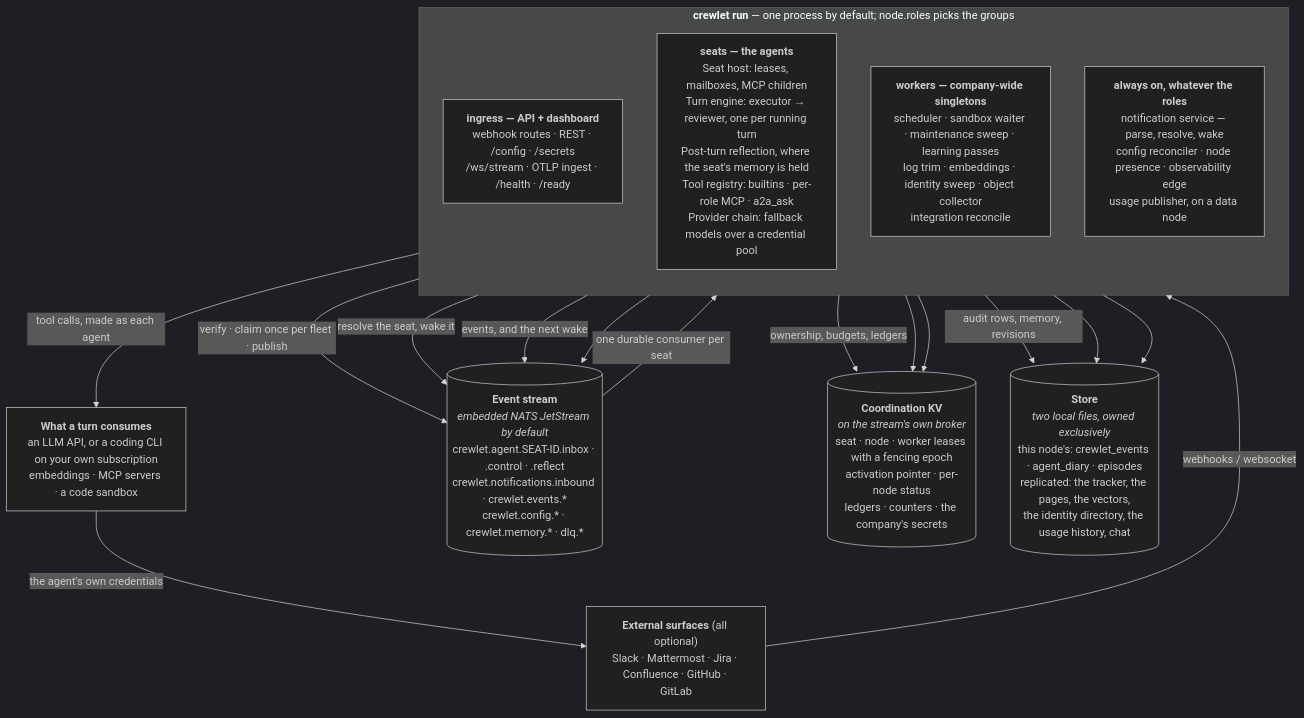
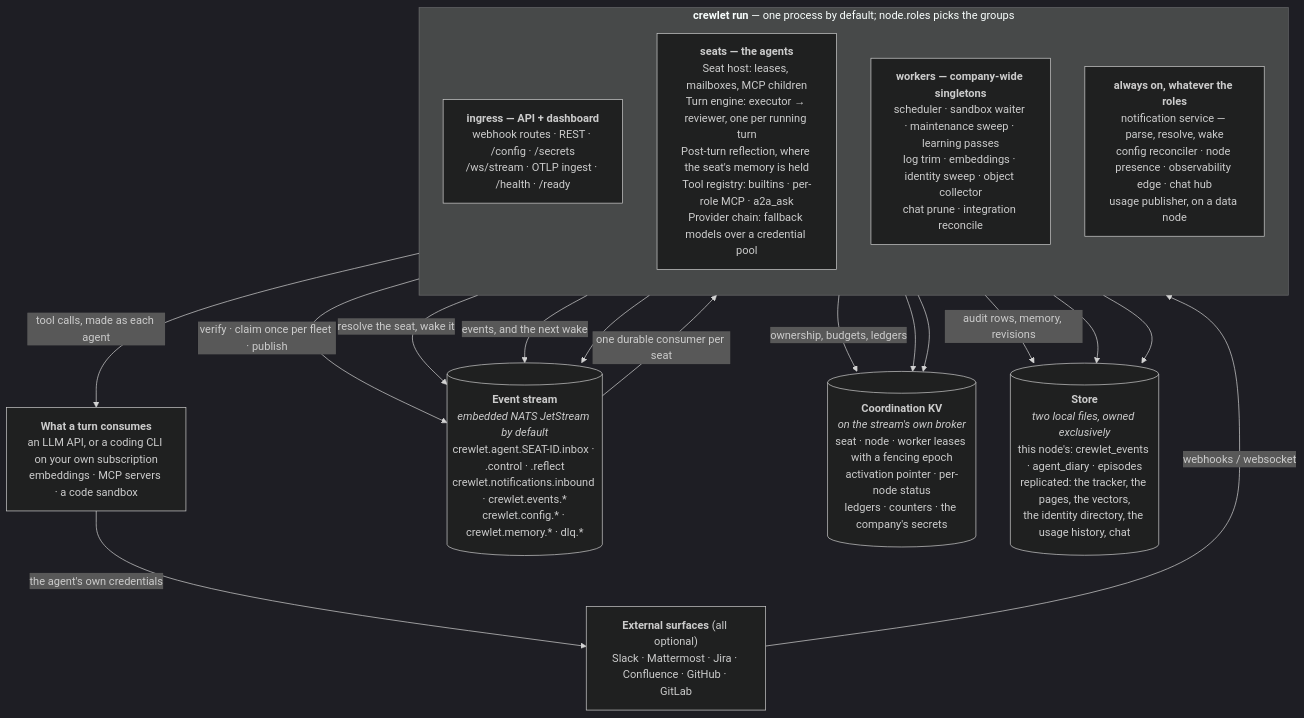
Before and after one commit to crewlet/crewlet: the diagram in docs/concepts/overview.md, drawn with Mermaid (dark theme). The commit also changed other lines of this file and 39 other files, not shown here.

````diff
--- a/docs/concepts/overview.md
+++ b/docs/concepts/overview.md
@@ -56,32 +56,32 @@
 ```mermaid
 flowchart TB
     EXT["<b>External surfaces</b> (all optional)<br/>Slack · Mattermost · Jira · Confluence · GitHub · GitLab"]
     SUPPLY["<b>What a turn consumes</b><br/>an LLM API, or a coding CLI on your own subscription<br/>embeddings · MCP servers · a code sandbox"]
 
     subgraph proc["<b>crewlet run</b> — one process by default; node.roles picks the groups"]
         direction TB
         API["<b>ingress — API + dashboard</b><br/>webhook routes · REST · /config · /secrets<br/>/ws/stream · OTLP ingest · /health · /ready"]
         SEAT["<b>seats — the agents</b><br/>Seat host: leases, mailboxes, MCP children<br/>Turn engine: executor → reviewer, one per running turn<br/>Post-turn reflection, where the seat's memory is held<br/>Tool registry: builtins · per-role MCP · a2a_ask<br/>Provider chain: fallback models over a credential pool"]
-        DUTY["<b>workers — company-wide singletons</b><br/>scheduler · sandbox waiter · maintenance sweep · learning passes<br/>log trim · embeddings · identity sweep · object collector<br/>integration reconcile"]
-        CORE["<b>always on, whatever the roles</b><br/>notification service — parse, resolve, wake<br/>config reconciler · node presence · observability edge<br/>usage publisher, on a data node"]
+        DUTY["<b>workers — company-wide singletons</b><br/>scheduler · sandbox waiter · maintenance sweep · learning passes<br/>log trim · embeddings · identity sweep · object collector<br/>chat prune · integration reconcile"]
+        CORE["<b>always on, whatever the roles</b><br/>notification service — parse, resolve, wake<br/>config reconciler · node presence · observability edge · chat hub<br/>usage publisher, on a data node"]
     end
 
     STREAM[("<b>Event stream</b><br/><i>embedded NATS JetStream by default</i><br/>crewlet.agent.SEAT-ID.inbox · .control · .reflect<br/>crewlet.notifications.inbound · crewlet.events.*<br/>crewlet.config.* · crewlet.memory.* · dlq.*")]
     KV[("<b>Coordination KV</b><br/><i>on the stream's own broker</i><br/>seat · node · worker leases with a fencing epoch<br/>activation pointer · per-node status<br/>ledgers · counters · the company's secrets")]
     DB[("<b>Store</b><br/><i>two local files, owned exclusively</i><br/>this node's: crewlet_events · agent_diary · episodes<br/>replicated: the tracker, the pages, the vectors,<br/>the identity directory, the usage history, chat")]
 
     EXT -->|"webhooks / websocket"| API
     API -->|"verify · claim once per fleet · publish"| STREAM
     CORE -->|"resolve the seat, wake it"| STREAM
     STREAM -->|"one durable consumer per seat"| SEAT
     SEAT -->|"tool calls, made as each agent"| SUPPLY
     SUPPLY -->|"the agent's own credentials"| EXT
     SEAT -->|"events, and the next wake"| STREAM
     DUTY --> STREAM
     SEAT -->|"ownership, budgets, ledgers"| KV
     CORE --> KV
     DUTY --> KV
     SEAT -->|"audit rows, memory, revisions"| DB
     CORE --> DB
     API --> DB
 ```
````
